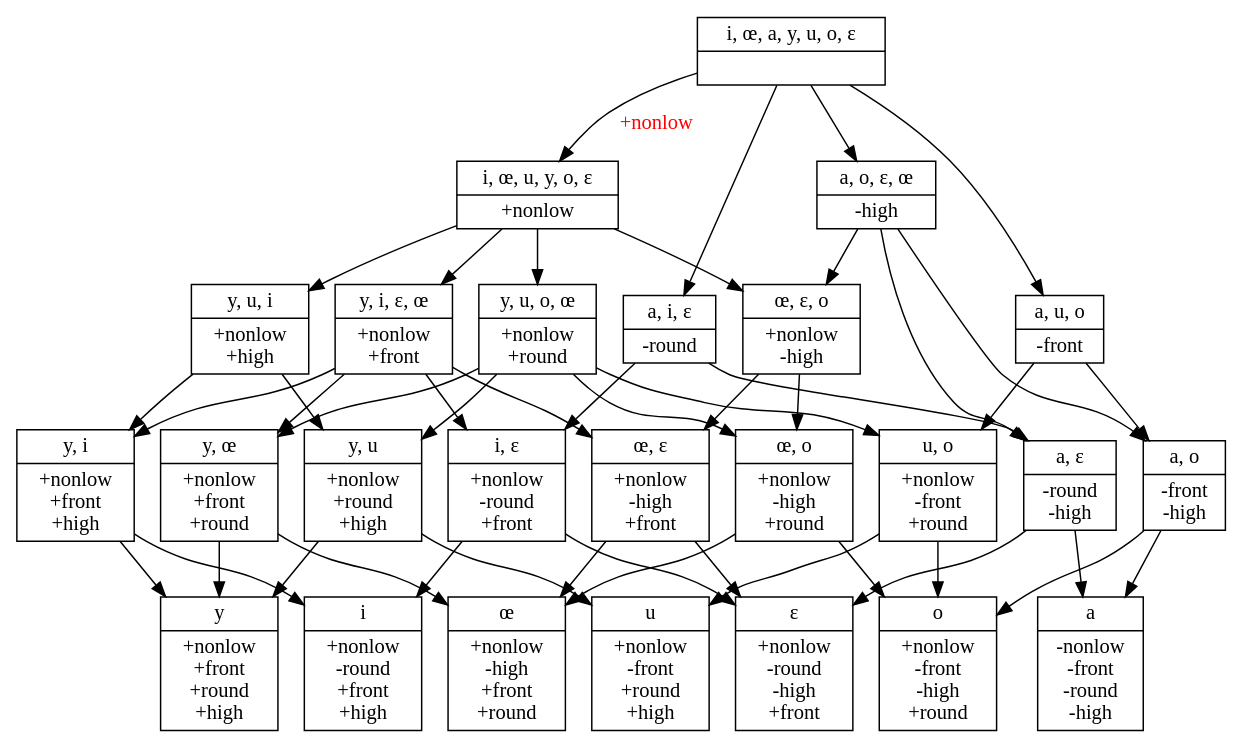
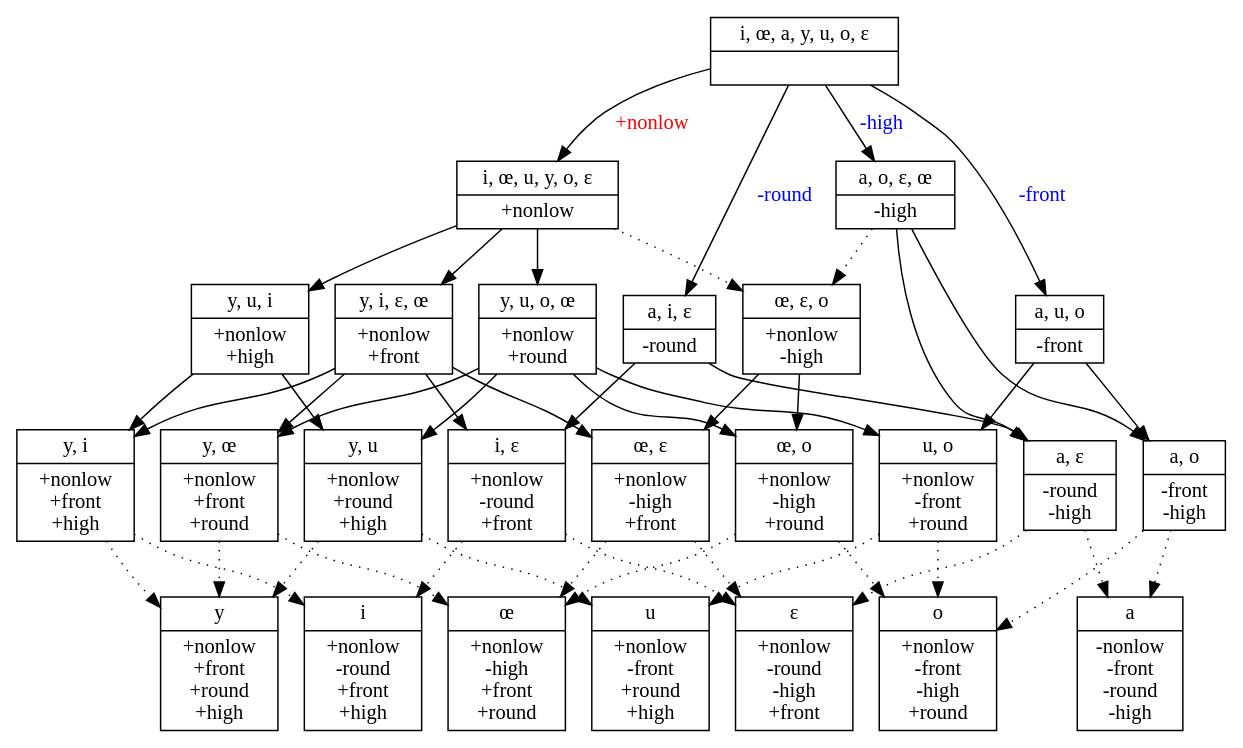
One commit to rdaland/Pheatures changed the diagram in squib/diagrams/vowel_inventory_full.gv. Above: the diagram before and after it, drawn with Graphviz.

Commit message:
halfway thru editing gv file

```diff
--- a/squib/diagrams/vowel_inventory_full.gv
+++ b/squib/diagrams/vowel_inventory_full.gv
@@ -1,49 +1,52 @@
 // None
 digraph {
 	0 [label="{<segs> i, œ, a, y, u, o, ɛ |<feats>  }",shape=record]
 	1 [label="{<segs> i, œ, u, y, o, ɛ |<feats> +nonlow }",shape=record]
 	2 [label="{<segs> y, i, ɛ, œ |<feats> +nonlow\n+front }",shape=record]
 	3 [label="{<segs> y, u, o, œ |<feats> +nonlow\n+round }",shape=record]
 	4 [label="{<segs> y, u, i |<feats> +nonlow\n+high }",shape=record]
 	5 [label="{<segs> i |<feats> +nonlow\n-round\n+front\n+high }",shape=record]
 	6 [label="{<segs> y |<feats> +nonlow\n+front\n+round\n+high }",shape=record]
 	7 [label="{<segs> u |<feats> +nonlow\n-front\n+round\n+high }",shape=record]
 	8 [label="{<segs> ɛ |<feats> +nonlow\n-round\n-high\n+front }",shape=record]
 	9 [label="{<segs> œ |<feats> +nonlow\n-high\n+front\n+round }",shape=record]
 	10 [label="{<segs> o |<feats> +nonlow\n-front\n-high\n+round }",shape=record]
 	11 [label="{<segs> a |<feats> -nonlow\n-front\n-round\n-high }",shape=record]
 	12 [label="{<segs> y, œ |<feats> +nonlow\n+front\n+round }",shape=record]
 	13 [label="{<segs> y, i |<feats> +nonlow\n+front\n+high }",shape=record]
 	14 [label="{<segs> y, u |<feats> +nonlow\n+round\n+high }",shape=record]
 	15 [label="{<segs> a, u, o |<feats> -front }",shape=record]
 	16 [label="{<segs> u, o |<feats> +nonlow\n-front\n+round }",shape=record]
 	17 [label="{<segs> a, i, ɛ |<feats> -round }",shape=record]
 	18 [label="{<segs> i, ɛ |<feats> +nonlow\n-round\n+front }",shape=record]
 	19 [label="{<segs> a, o, ɛ, œ |<feats> -high }",shape=record]
 	20 [label="{<segs> œ, ɛ, o |<feats> +nonlow\n-high }",shape=record]
 	21 [label="{<segs> œ, ɛ |<feats> +nonlow\n-high\n+front }",shape=record]
 	22 [label="{<segs> œ, o |<feats> +nonlow\n-high\n+round }",shape=record]
 	23 [label="{<segs> a, o |<feats> -front\n-high }",shape=record]
 	24 [label="{<segs> a, ɛ |<feats> -round\n-high }",shape=record]
 
 	0 -> 1 [label="+nonlow",fontcolor=red]
-	0 -> {15 17 19}
-	1 -> {2 3 4 20}
+	0 -> 15 [label="-front",fontcolor=blue]
+	0 -> 17 [label="-round",fontcolor=blue]
+	0 -> 19 [label="-high",fontcolor=blue]
+	1 -> {2 3 4}
+	{1 19} -> 20 [style=dotted]
 	2 -> {12 13 18 21}
 	3 -> {12 14 16 22}
 	4 -> {13 14}
-	12 -> {6 9}
-	13 -> {5 6}
-	14 -> {6 7}
+
+	{13 18} -> 5 [style=dotted]
+	{12 13 14} -> 6 [style=dotted]
+	{14 16} -> 7 [style=dotted]
+	{18 21 24} -> 8 [style=dotted]
+	{21 22 12} -> 9 [style=dotted]
+	{16 22 23} -> 10 [style=dotted]
+	{23 24} -> 11 [style=dotted]
+
 	15 -> {16 23}
-	16 -> {7 10}
 	17 -> {18 24}
-	18 -> {5 8}
-	19 -> {20 23 24}
+	19 -> {23 24}
 	20 -> {21 22}
-	21 -> {8 9}
-	22 -> {9 10}
-	23 -> {10 11}
-	24 -> {8 11}
 {rank=same; 5 6 7 8 9 10 11}
 }
```
